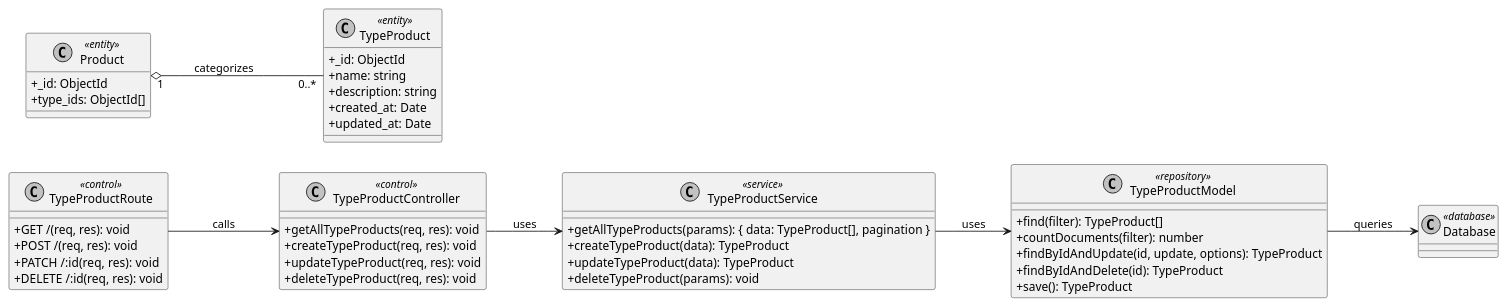
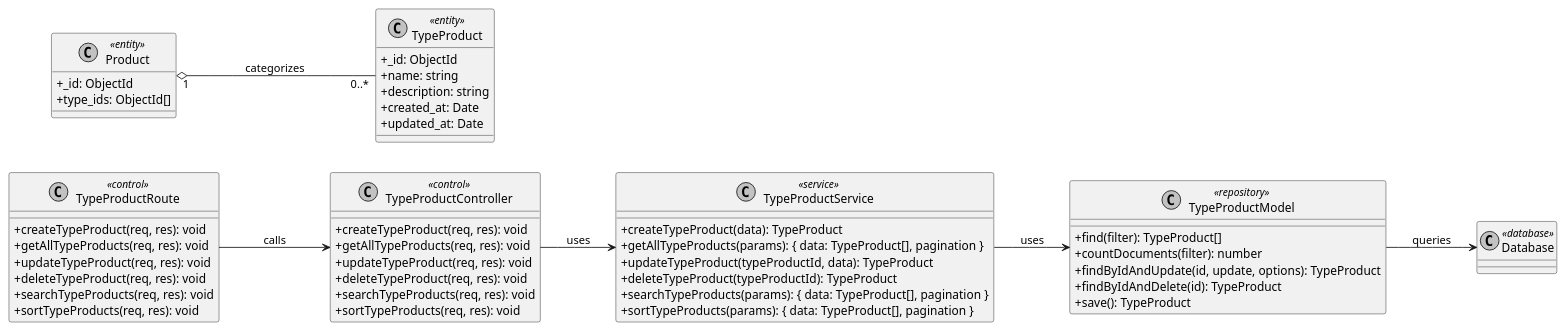
The diagram in planuml/classdiagram/TypeProductManagement.puml (VietDurian/VietDurian), drawn with PlantUML before and after one commit. The commit also changed 3 other files, not shown here.

```diff
--- a/planuml/classdiagram/TypeProductManagement.puml
+++ b/planuml/classdiagram/TypeProductManagement.puml
@@ -1,83 +1,89 @@
 @startuml TypeProductManagement
 skinparam monochrome true
 skinparam shadowing false
 skinparam classAttributeIconSize 0
 left to right direction
 
 ' ==============================
 ' ========== ROUTE =============
 ' ==============================
 
 class TypeProductRoute <<control>> {
-    +GET /(req, res): void
-    +POST /(req, res): void
-    +PATCH /:id(req, res): void
-    +DELETE /:id(req, res): void
+    +createTypeProduct(req, res): void
+    +getAllTypeProducts(req, res): void
+    +updateTypeProduct(req, res): void
+    +deleteTypeProduct(req, res): void
+    +searchTypeProducts(req, res): void
+    +sortTypeProducts(req, res): void
 }
 
 ' ==============================
 ' ======= CONTROLLER ===========
 ' ==============================
 
 class TypeProductController <<control>> {
+    +createTypeProduct(req, res): void
     +getAllTypeProducts(req, res): void
-    +createTypeProduct(req, res): void
     +updateTypeProduct(req, res): void
     +deleteTypeProduct(req, res): void
+    +searchTypeProducts(req, res): void
+    +sortTypeProducts(req, res): void
 }
 
 ' ==============================
 ' ========= SERVICE ============
 ' ==============================
 
 class TypeProductService <<service>> {
+    +createTypeProduct(data): TypeProduct
     +getAllTypeProducts(params): { data: TypeProduct[], pagination }
-    +createTypeProduct(data): TypeProduct
-    +updateTypeProduct(data): TypeProduct
-    +deleteTypeProduct(params): void
+    +updateTypeProduct(typeProductId, data): TypeProduct
+    +deleteTypeProduct(typeProductId): TypeProduct
+    +searchTypeProducts(params): { data: TypeProduct[], pagination }
+    +sortTypeProducts(params): { data: TypeProduct[], pagination }
 }
 
 ' ==============================
 ' ========= REPOSITORY =========
 ' ==============================
 
 class TypeProductModel <<repository>> {
     +find(filter): TypeProduct[]
     +countDocuments(filter): number
     +findByIdAndUpdate(id, update, options): TypeProduct
     +findByIdAndDelete(id): TypeProduct
     +save(): TypeProduct
 }
 
 ' ==============================
 ' ========== ENTITY ============
 ' ==============================
 
 class TypeProduct <<entity>> {
     +_id: ObjectId
     +name: string
     +description: string
     +created_at: Date
     +updated_at: Date
 }
 
 class Product <<entity>> {
     +_id: ObjectId
     +type_ids: ObjectId[]
 }
 
 class Database <<database>>
 
 ' ==============================
 ' ===== RELATIONSHIPS ==========
 ' ==============================
 
 TypeProductRoute --> TypeProductController : calls
 TypeProductController --> TypeProductService : uses
 TypeProductService --> TypeProductModel : uses
 
 TypeProductModel --> Database : queries
 
 Product "1" o-- "0..*" TypeProduct : categorizes
 
 @enduml
```
